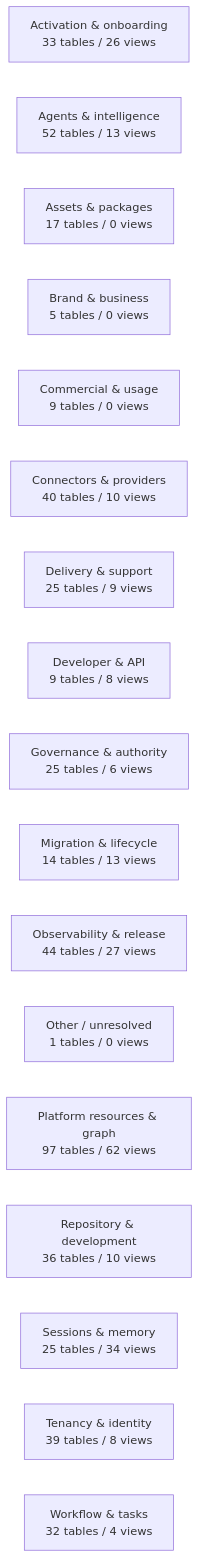
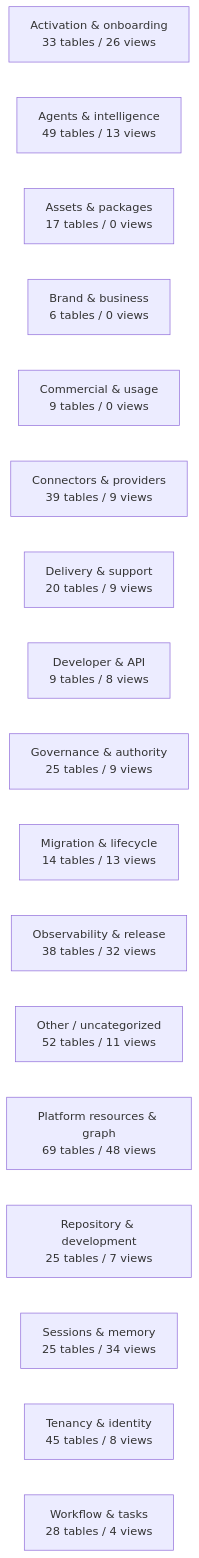
Before and after one commit to mad4bdigital-ai/multi-business-multi-role-growth-intelligence-os: the diagram in docs/work-maps/data-model-domain-map.md, drawn with Mermaid. The commit also changed other lines of this file and 2 other files, not shown here.

````diff
--- a/docs/work-maps/data-model-domain-map.md
+++ b/docs/work-maps/data-model-domain-map.md
@@ -9,20 +9,20 @@
 ```mermaid
 flowchart LR
   n_Activation___onboarding["Activation & onboarding<br/>33 tables / 26 views"]
-  n_Agents___intelligence["Agents & intelligence<br/>52 tables / 13 views"]
+  n_Agents___intelligence["Agents & intelligence<br/>49 tables / 13 views"]
   n_Assets___packages["Assets & packages<br/>17 tables / 0 views"]
-  n_Brand___business["Brand & business<br/>5 tables / 0 views"]
+  n_Brand___business["Brand & business<br/>6 tables / 0 views"]
   n_Commercial___usage["Commercial & usage<br/>9 tables / 0 views"]
-  n_Connectors___providers["Connectors & providers<br/>40 tables / 10 views"]
-  n_Delivery___support["Delivery & support<br/>25 tables / 9 views"]
+  n_Connectors___providers["Connectors & providers<br/>39 tables / 9 views"]
+  n_Delivery___support["Delivery & support<br/>20 tables / 9 views"]
   n_Developer___API["Developer & API<br/>9 tables / 8 views"]
-  n_Governance___authority["Governance & authority<br/>25 tables / 6 views"]
+  n_Governance___authority["Governance & authority<br/>25 tables / 9 views"]
   n_Migration___lifecycle["Migration & lifecycle<br/>14 tables / 13 views"]
-  n_Observability___release["Observability & release<br/>44 tables / 27 views"]
-  n_Other___unresolved["Other / unresolved<br/>1 tables / 0 views"]
-  n_Platform_resources___graph["Platform resources & graph<br/>97 tables / 62 views"]
-  n_Repository___development["Repository & development<br/>36 tables / 10 views"]
+  n_Observability___release["Observability & release<br/>38 tables / 32 views"]
+  n_Other___uncategorized["Other / uncategorized<br/>52 tables / 11 views"]
+  n_Platform_resources___graph["Platform resources & graph<br/>69 tables / 48 views"]
+  n_Repository___development["Repository & development<br/>25 tables / 7 views"]
   n_Sessions___memory["Sessions & memory<br/>25 tables / 34 views"]
-  n_Tenancy___identity["Tenancy & identity<br/>39 tables / 8 views"]
-  n_Workflow___tasks["Workflow & tasks<br/>32 tables / 4 views"]
+  n_Tenancy___identity["Tenancy & identity<br/>45 tables / 8 views"]
+  n_Workflow___tasks["Workflow & tasks<br/>28 tables / 4 views"]
 ```
````
